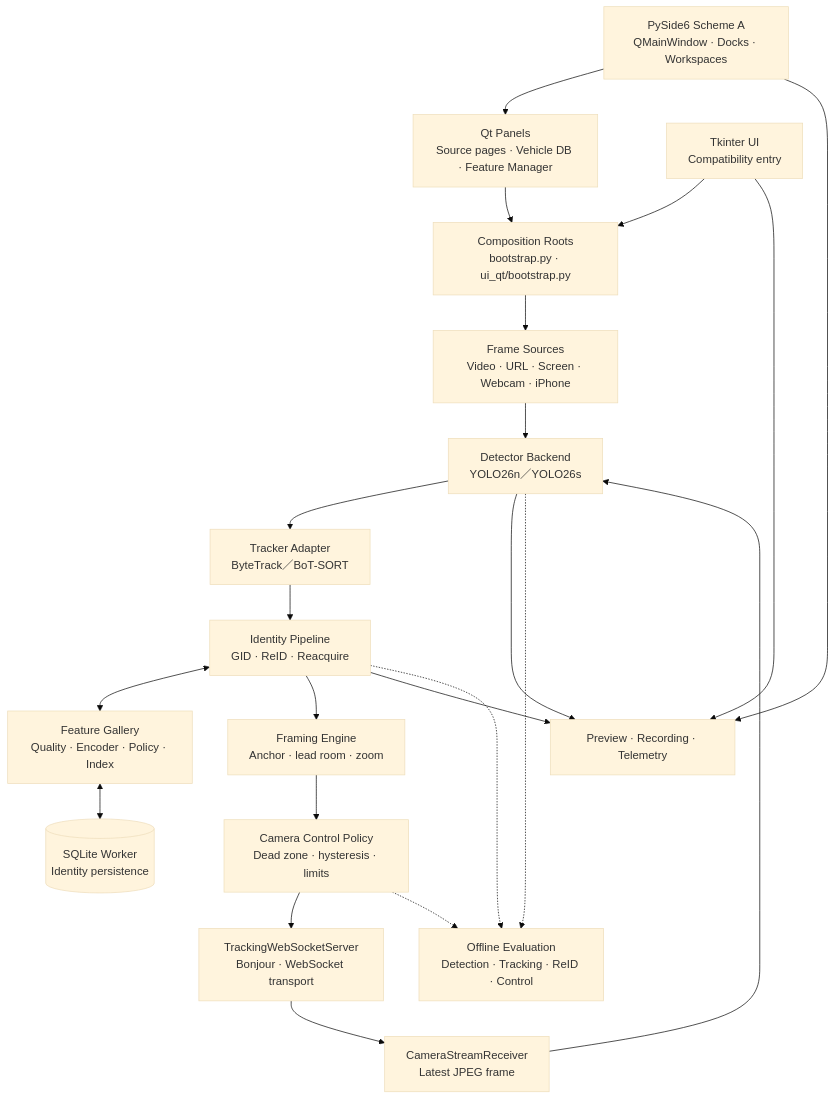
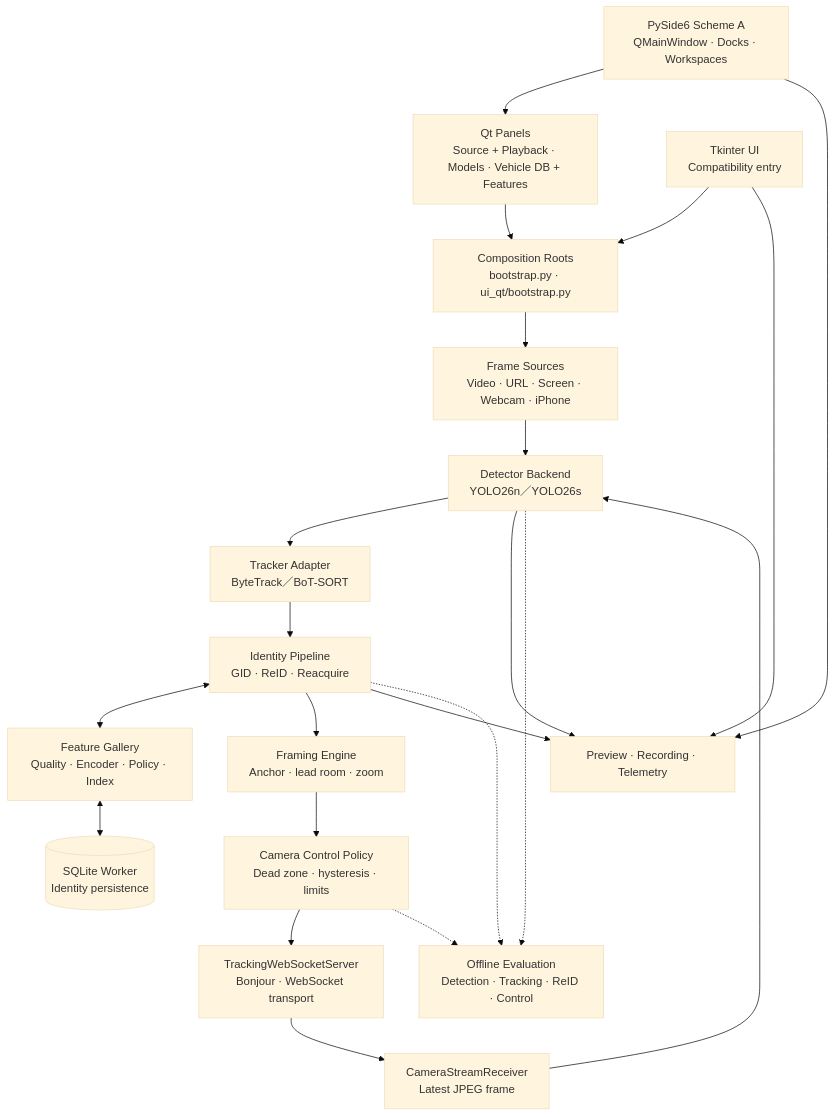
The third of 3 diagrams in README.md (LN-676/AI-Vision-Director), drawn with Mermaid (base theme) before and after one commit. The commit also changed other lines of this file and 14 other files, not shown here.

````diff
--- a/README.md
+++ b/README.md
@@ -103,35 +103,35 @@
 ```mermaid
 flowchart TD
     QT["PySide6 Scheme A<br/>QMainWindow · Docks · Workspaces"]
-    QTPANELS["Qt Panels<br/>Source pages · Vehicle DB · Feature Manager"]
+    QTPANELS["Qt Panels<br/>Source + Playback · Models · Vehicle DB + Features"]
     TK["Tkinter UI<br/>Compatibility entry"]
     BOOT["Composition Roots<br/>bootstrap.py · ui_qt/bootstrap.py"]
     SOURCE["Frame Sources<br/>Video · URL · Screen · Webcam · iPhone"]
     RECEIVER["CameraStreamReceiver<br/>Latest JPEG frame"]
     DETECTOR["Detector Backend<br/>YOLO26n／YOLO26s"]
     TRACKER["Tracker Adapter<br/>ByteTrack／BoT-SORT"]
     IDENTITY["Identity Pipeline<br/>GID · ReID · Reacquire"]
     GALLERY["Feature Gallery<br/>Quality · Encoder · Policy · Index"]
     DB[("SQLite Worker<br/>Identity persistence")]
     FRAMING["Framing Engine<br/>Anchor · lead room · zoom"]
     POLICY["Camera Control Policy<br/>Dead zone · hysteresis · limits"]
     WS["TrackingWebSocketServer<br/>Bonjour · WebSocket transport"]
     EVAL["Offline Evaluation<br/>Detection · Tracking · ReID · Control"]
     OUTPUT["Preview · Recording · Telemetry"]
 
     QT --> QTPANELS --> BOOT
     TK --> BOOT
     BOOT --> SOURCE
     SOURCE --> DETECTOR
     WS --> RECEIVER --> DETECTOR
     DETECTOR --> TRACKER --> IDENTITY
     IDENTITY <--> GALLERY <--> DB
     IDENTITY --> FRAMING --> POLICY --> WS
     DETECTOR --> OUTPUT
     IDENTITY --> OUTPUT
     QT --> OUTPUT
     TK --> OUTPUT
     DETECTOR -.-> EVAL
     IDENTITY -.-> EVAL
     POLICY -.-> EVAL
 ```
````
